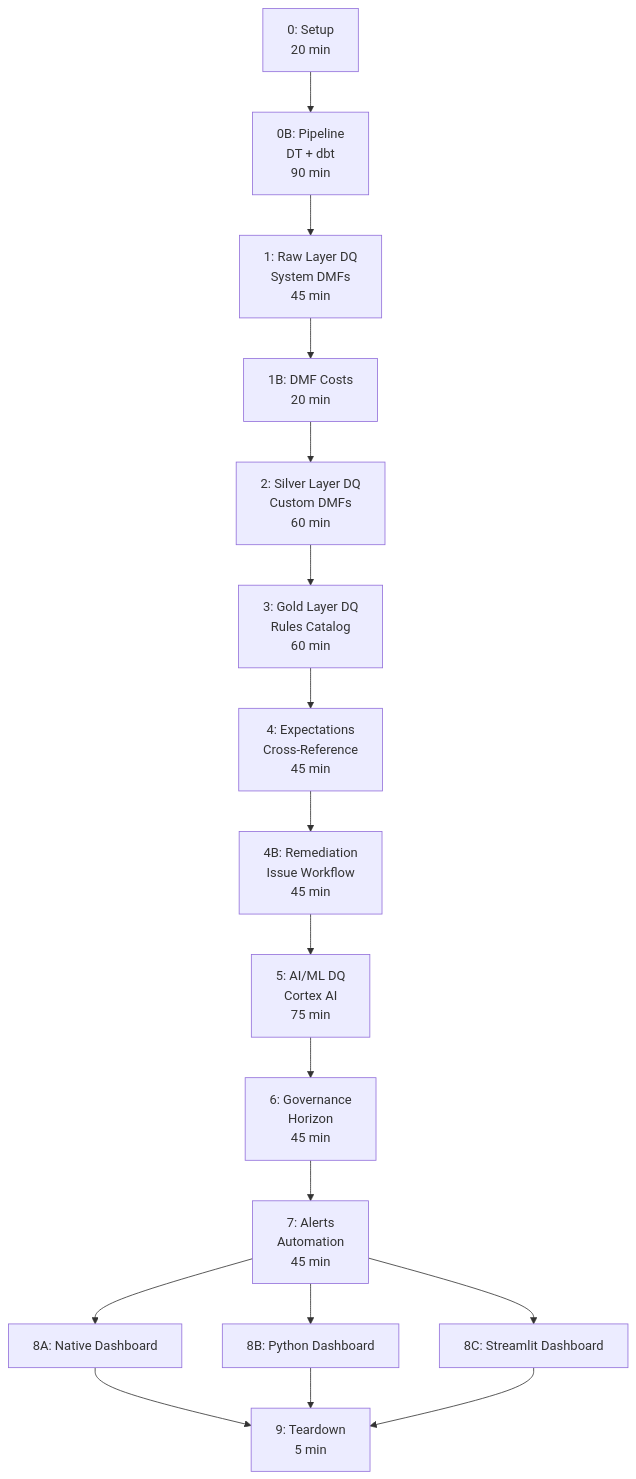
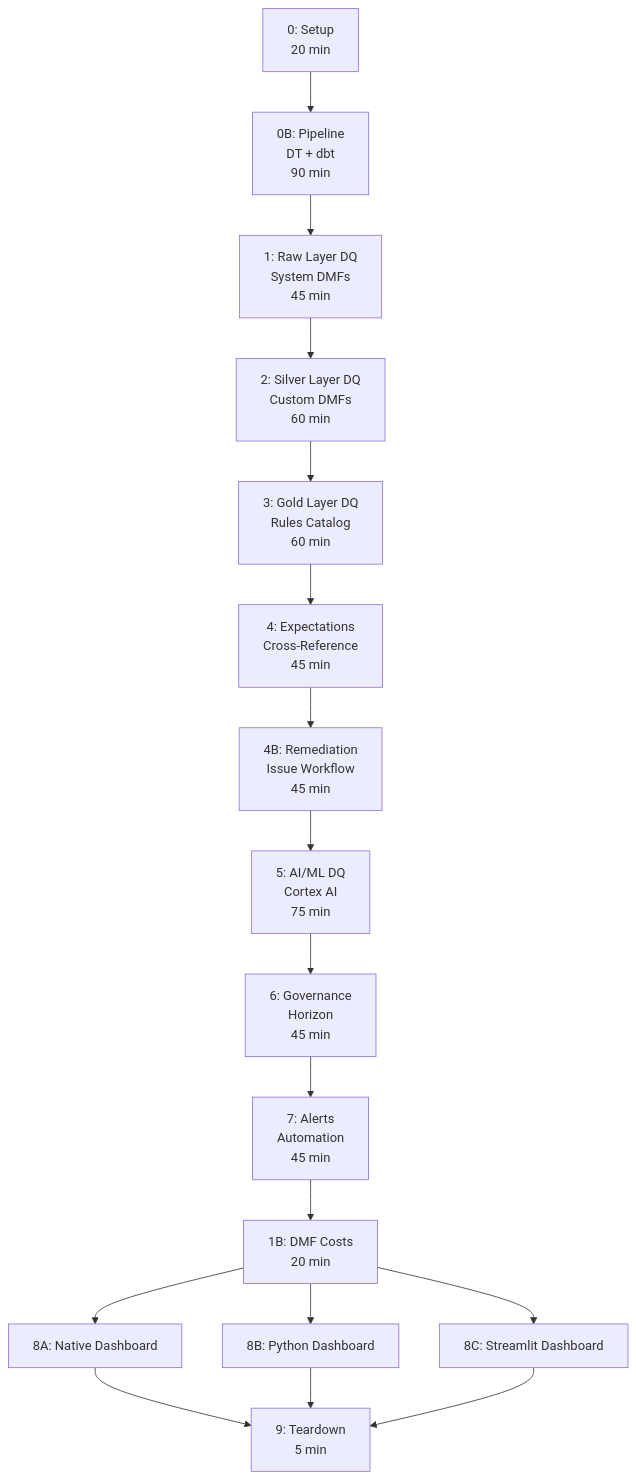
One commit to mcharni76/snowflake-data-quality-monitoring-hol changed the diagram in guide/LAB_MAP.md. Above: the diagram before and after it, drawn with Mermaid. The commit also changed other lines of this file and 3 other files, not shown here.

````diff
--- a/guide/LAB_MAP.md
+++ b/guide/LAB_MAP.md
@@ -7,19 +7,19 @@
 ```mermaid
 flowchart TD
     M0[0: Setup<br/>20 min] --> M0B[0B: Pipeline<br/>DT + dbt<br/>90 min]
     M0B --> M1[1: Raw Layer DQ<br/>System DMFs<br/>45 min]
-    M1 --> M1B[1B: DMF Costs<br/>20 min]
-    M1B --> M2[2: Silver Layer DQ<br/>Custom DMFs<br/>60 min]
+    M1 --> M2[2: Silver Layer DQ<br/>Custom DMFs<br/>60 min]
     M2 --> M3[3: Gold Layer DQ<br/>Rules Catalog<br/>60 min]
     M3 --> M4[4: Expectations<br/>Cross-Reference<br/>45 min]
     M4 --> M4B[4B: Remediation<br/>Issue Workflow<br/>45 min]
     M4B --> M5[5: AI/ML DQ<br/>Cortex AI<br/>75 min]
     M5 --> M6[6: Governance<br/>Horizon<br/>45 min]
     M6 --> M7[7: Alerts<br/>Automation<br/>45 min]
-    M7 --> M8A[8A: Native Dashboard]
-    M7 --> M8B[8B: Python Dashboard]
-    M7 --> M8C[8C: Streamlit Dashboard]
+    M7 --> M1B[1B: DMF Costs<br/>20 min]
+    M1B --> M8A[8A: Native Dashboard]
+    M1B --> M8B[8B: Python Dashboard]
+    M1B --> M8C[8C: Streamlit Dashboard]
     M8A --> M9[9: Teardown<br/>5 min]
     M8B --> M9
     M8C --> M9
 ```
````
